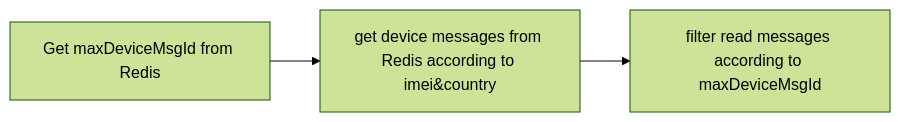
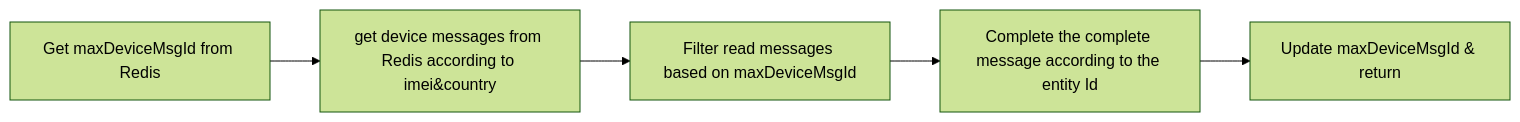
The third of 3 diagrams in Design/Feed Streaming Design/Feed Streaming Design (4) - Feed Pull.md (qwe2820435o2/SceneGuide), drawn with Mermaid (forest theme) before and after one commit.

Commit message:
feat: finish Get System Information part two

````diff
--- a/Design/Feed Streaming Design/Feed Streaming Design (4) - Feed Pull.md
+++ b/Design/Feed Streaming Design/Feed Streaming Design (4) - Feed Pull.md
@@ -71,6 +71,7 @@
 ```mermaid
 graph LR
 A[Get maxDeviceMsgId from Redis] --> B[Get device information from Redis according to imei&country]
 B[get device messages from Redis according to imei&country] --> C[filter read messages according to maxDeviceMsgId]
-
+C[Filter read messages based on maxDeviceMsgId] --> D[Complete complete messages based on entity Id]
+D[Complete the complete message according to the entity Id] --> E[Update maxDeviceMsgId & return]
 ```
````
